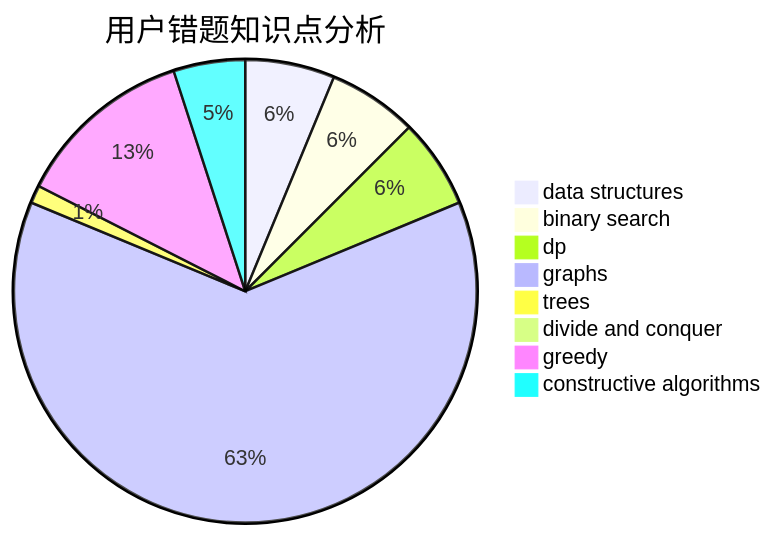
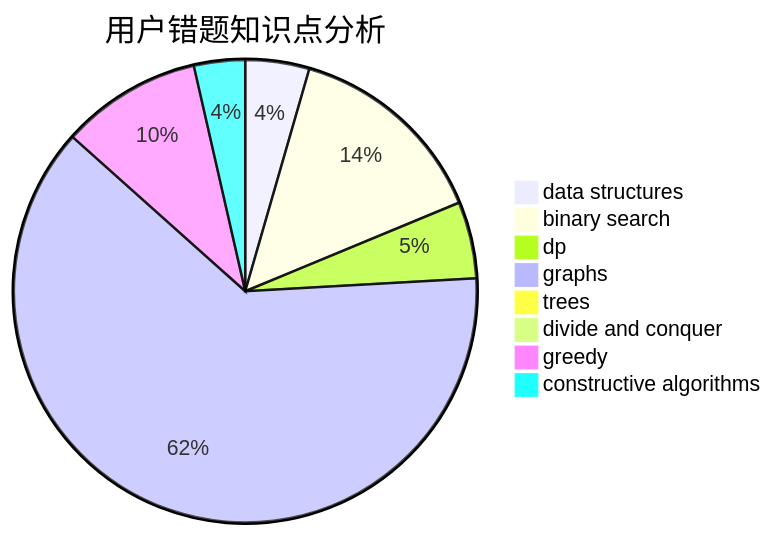
The third of 3 diagrams in docs/user/u617.md (sherpahu/cfrs.github.io), drawn with Mermaid before and after one commit. The commit also changed other lines of this file and 2770 other files, not shown here.

````diff
--- a/docs/user/u617.md
+++ b/docs/user/u617.md
@@ -36,11 +36,11 @@
 ```mermaid
 pie title 用户错题知识点分析
     "data structures" :  5
-    "binary search" :  5
-    "dp" :  5
-    "graphs" :  50
+    "binary search" :  16
+    "dp" :  6
+    "graphs" :  70
     "trees" :  1
     "divide and conquer" :  0
-    "greedy" :  10
+    "greedy" :  11
     "constructive algorithms" :  4
 ```
````
